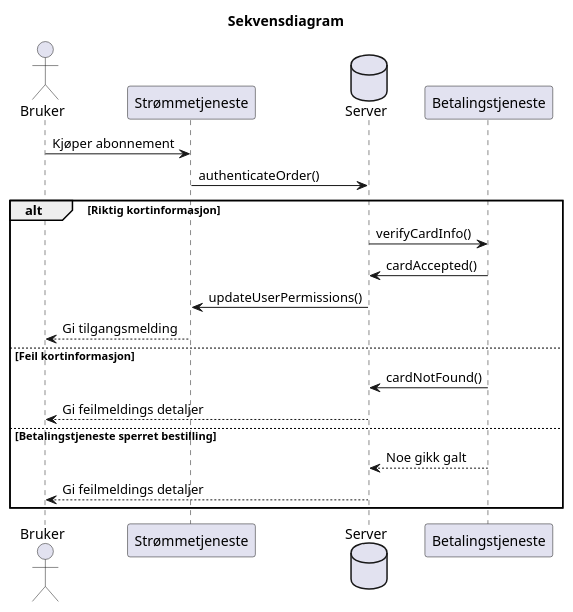
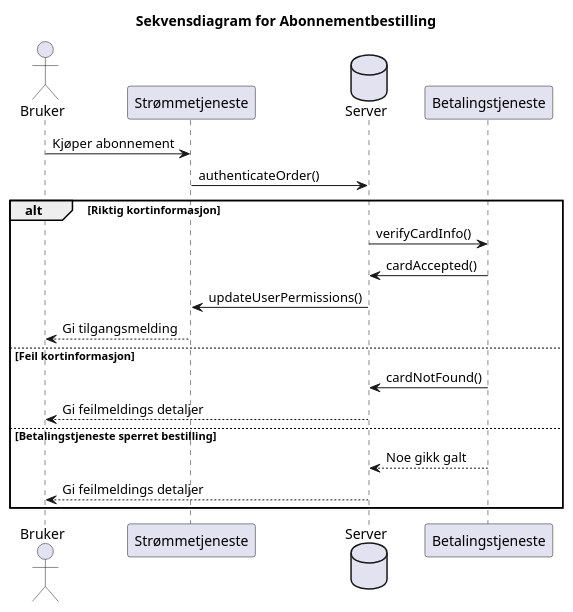
One commit to Scarcy/oblig2 changed the diagram in oblig1/sekvens.plantuml. Above: the diagram before and after it, drawn with PlantUML. The commit also changed 1 other file, not shown here.

```diff
--- a/oblig1/sekvens.plantuml
+++ b/oblig1/sekvens.plantuml
@@ -1,31 +1,31 @@
 @startuml Sekvensdiagram
 ' Oppgave: 
 ' Lag et sekvensdiagram som viser hvordan flyten 
 ' mellom hvert lag i systemet kan være når en bruker ønsker å betale 
 ' for innhold på en slik tjeneste. Anta at kunden betaler med et 
 ' kredittkort. Bruk verb eller metodenavn som tekst over hver pil.
 
 ' Hoved ting som bruker,server og 3. parts betalingstjenester
-title Sekvensdiagram
+title Sekvensdiagram for Abonnementbestilling
 actor Bruker                   as bruker
 participant Strømmetjeneste    as stream
 database Server                as server
 participant Betalingstjeneste  as 3rd
 
 ' Handlinger
 bruker -> stream      : Kjøper abonnement
 stream -> server      : authenticateOrder()
 alt Riktig kortinformasjon
     server -> 3rd     : verifyCardInfo()
     3rd -> server     : cardAccepted()
     server -> stream  : updateUserPermissions()
     stream --> bruker : Gi tilgangsmelding 
 else Feil kortinformasjon
     3rd -> server    : cardNotFound()
     server --> bruker : Gi feilmeldings detaljer
 else Betalingstjeneste sperret bestilling
     'server -> 3rd     : verifyCardInfo()
     3rd --> server    : Noe gikk galt
     server --> bruker : Gi feilmeldings detaljer 
 end
 @enduml
```
